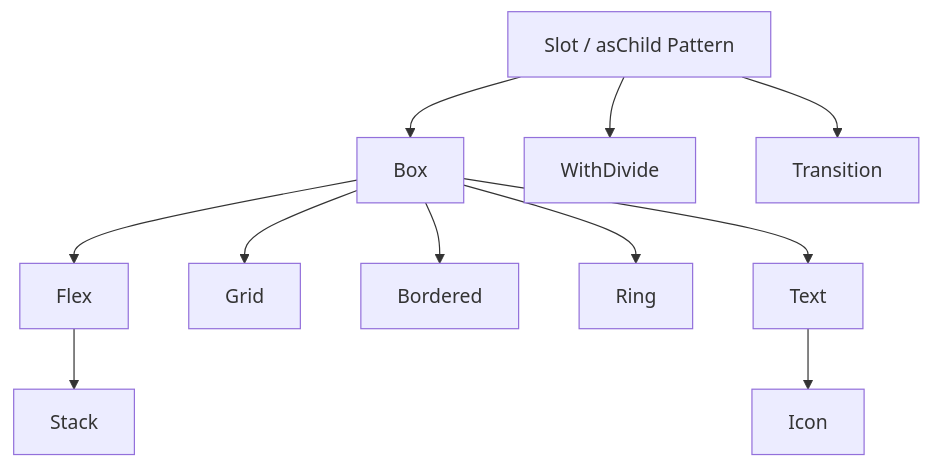
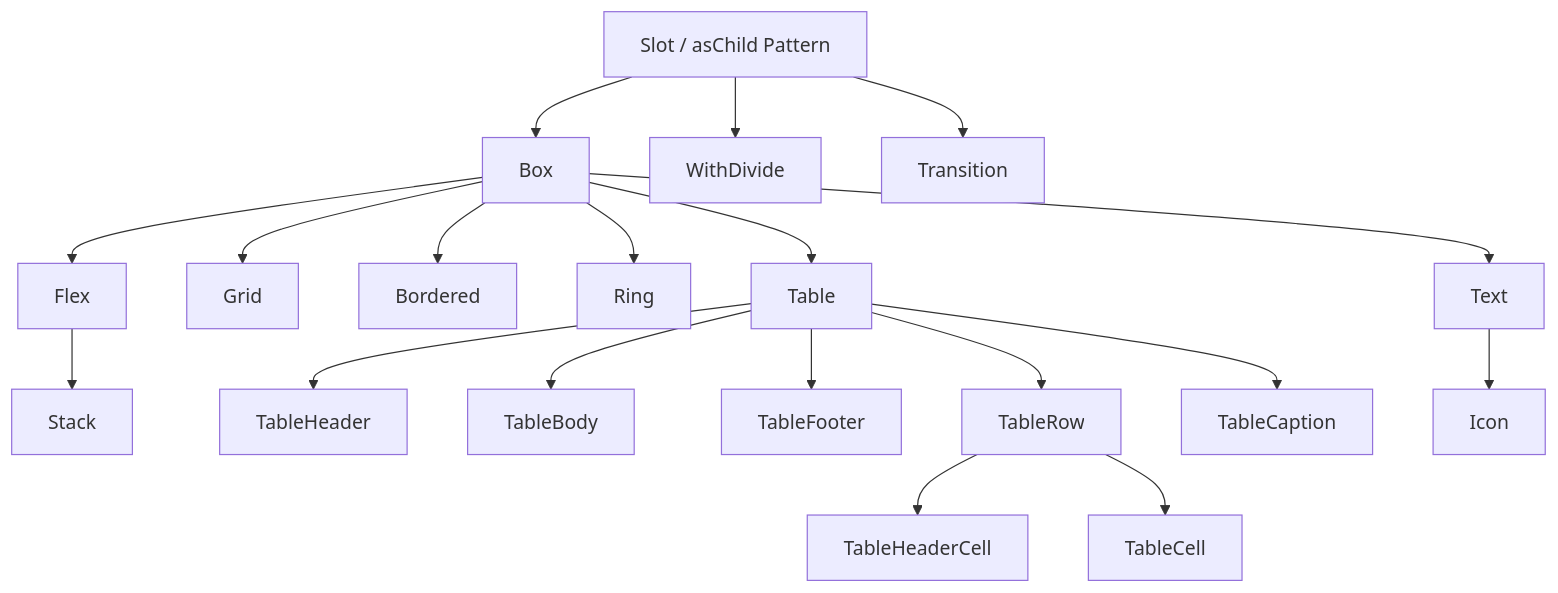
Before and after one commit to Lifeforge-app/lifeforge: the diagram in packages/ui/DESIGN.md, drawn with Mermaid. The commit also changed other lines of this file and 14 other files, not shown here.

````diff
--- a/packages/ui/DESIGN.md
+++ b/packages/ui/DESIGN.md
@@ -305,13 +305,21 @@
 ```mermaid
 graph TD
     Slot[Slot / asChild Pattern] --> Box
     Box --> Flex
     Box --> Grid
     Flex --> Stack
     Box --> Bordered
     Box --> Ring
     Box --> Text
+    Box --> Table
+    Table --> TableHeader
+    Table --> TableBody
+    Table --> TableFooter
+    Table --> TableRow
+    Table --> TableCaption
+    TableRow --> TableHeaderCell
+    TableRow --> TableCell
     Text --> Icon
     Slot --> WithDivide
     Slot --> Transition
 ```
````
